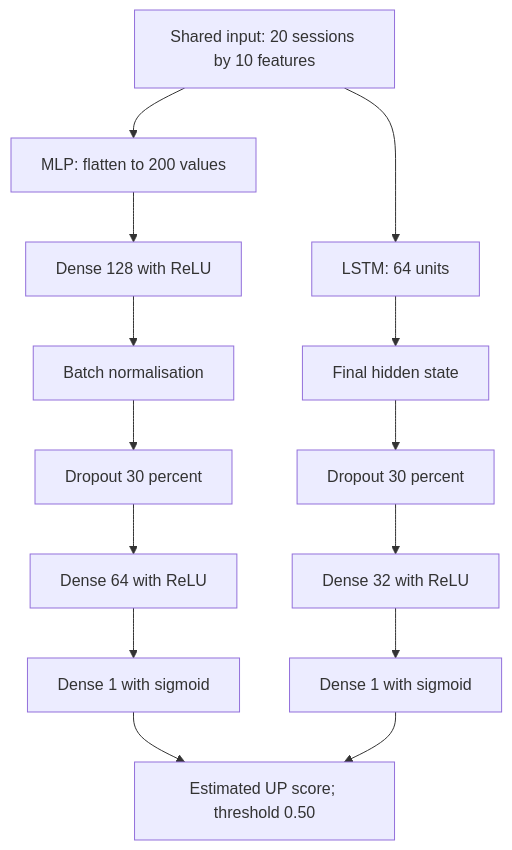
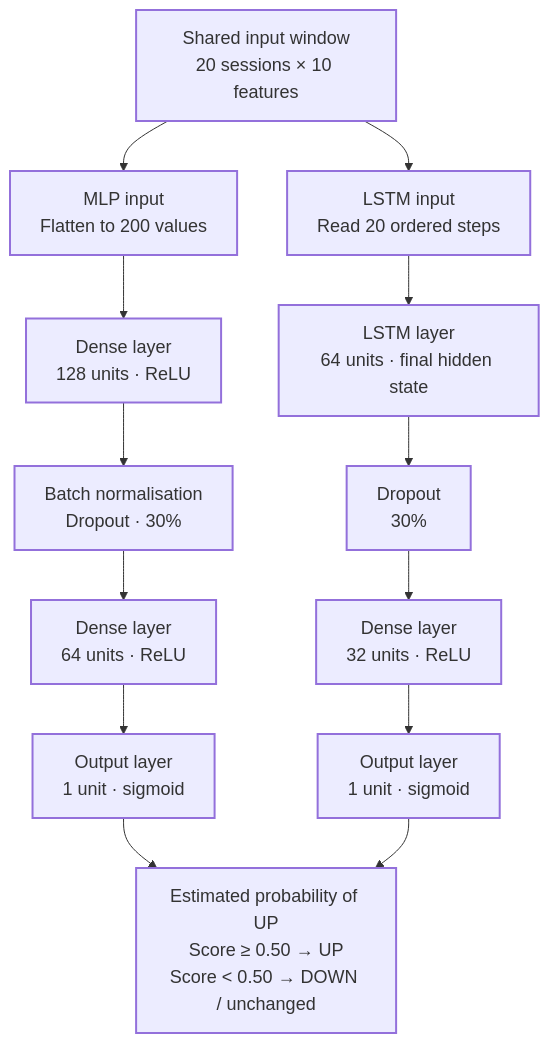
One commit to verdhanyash/Lstm_Mlp_StockPrediction changed the third of 3 diagrams in README.md. Above: the diagram before and after it, drawn with Mermaid. The commit also changed other lines of this file, not shown here.

Commit message:
Make README diagrams vertical with readable wrapped labels

````diff
--- a/README.md
+++ b/README.md
@@ -131,16 +128,17 @@
 ```mermaid
 flowchart TD
-    A[Shared input: 20 sessions by 10 features] --> M0[MLP: flatten to 200 values]
-    A --> L0[LSTM: 64 units]
-    M0 --> M1[Dense 128 with ReLU]
-    M1 --> M2[Batch normalisation]
-    M2 --> M3[Dropout 30 percent]
-    M3 --> M4[Dense 64 with ReLU]
-    M4 --> M5[Dense 1 with sigmoid]
-    L0 --> L1[Final hidden state]
-    L1 --> L2[Dropout 30 percent]
-    L2 --> L3[Dense 32 with ReLU]
-    L3 --> L4[Dense 1 with sigmoid]
-    M5 --> O[Estimated UP score; threshold 0.50]
+    A["Shared input window<br/>20 sessions × 10 features"]
+    A --> M0["MLP input<br/>Flatten to 200 values"]
+    A --> L0["LSTM input<br/>Read 20 ordered steps"]
+    M0 --> M1["Dense layer<br/>128 units · ReLU"]
+    M1 --> M2["Batch normalisation<br/>Dropout · 30%"]
+    M2 --> M3["Dense layer<br/>64 units · ReLU"]
+    M3 --> M4["Output layer<br/>1 unit · sigmoid"]
+    L0 --> L1["LSTM layer<br/>64 units · final hidden state"]
+    L1 --> L2["Dropout<br/>30%"]
+    L2 --> L3["Dense layer<br/>32 units · ReLU"]
+    L3 --> L4["Output layer<br/>1 unit · sigmoid"]
+    M4 --> O["Estimated probability of UP<br/>Score ≥ 0.50 → UP<br/>Score < 0.50 → DOWN / unchanged"]
     L4 --> O
+    classDef default font-size:18px,stroke-width:2px;
 ```
````
